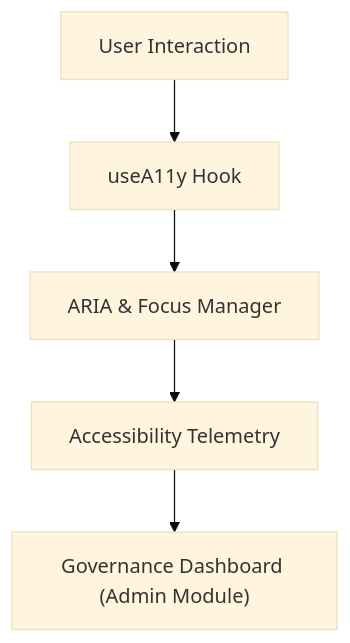
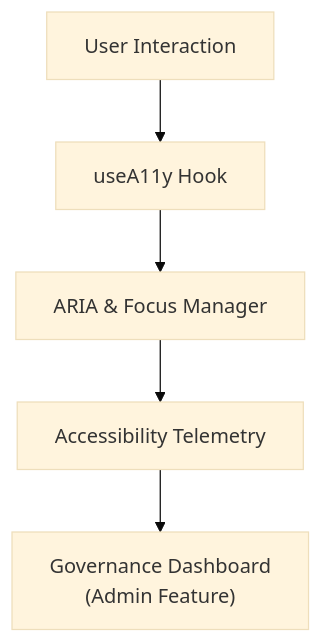
One commit to bartytime4life/Kansas-Frontier-Matrix changed the diagram in web/src/features/accessibility/README.md. Above: the diagram before and after it, drawn with Mermaid (base theme). The commit also changed other lines of this file, not shown here.

````diff
--- a/web/src/features/accessibility/README.md
+++ b/web/src/features/accessibility/README.md
@@ -68,7 +131,7 @@
-```mermaid
+~~~mermaid
 flowchart TD
   A["User Interaction"] --> B["useA11y Hook"]
   B --> C["ARIA & Focus Manager"]
   C --> D["Accessibility Telemetry"]
-  D --> E["Governance Dashboard (Admin Module)"]
-```
+  D --> E["Governance Dashboard<br/>(Admin Feature)"]
+~~~
````
